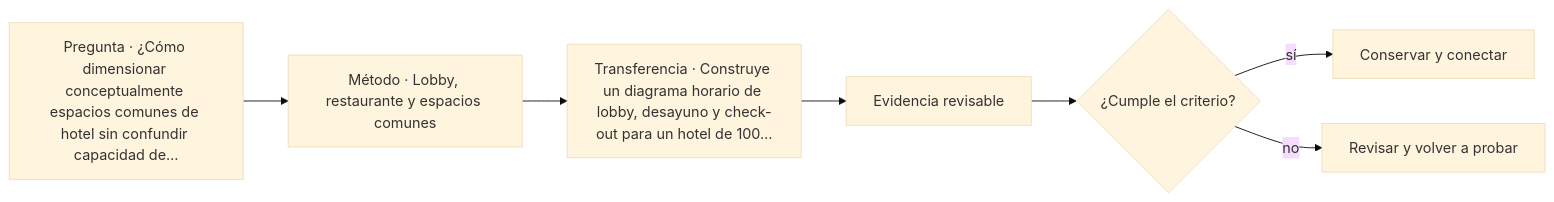
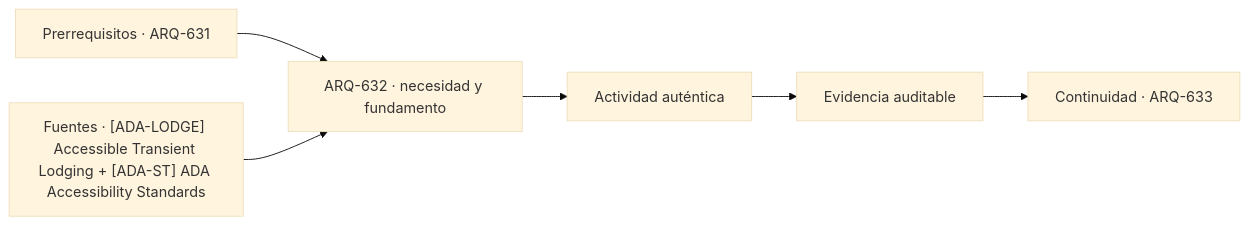
One commit to vladimiracunadev-create/architecture-built-environment-learning-program changed the diagram in classes/parte-64/ARQ-632.md. Above: the diagram before and after it, drawn with Mermaid (base theme). The commit also changed other lines of this file and 761 other files, not shown here.

````diff
--- a/classes/parte-64/ARQ-632.md
+++ b/classes/parte-64/ARQ-632.md
@@ -58,9 +70,8 @@
 ```mermaid
 flowchart LR
-    Q["Pregunta · ¿Cómo dimensionar conceptualmente espacios comunes de hotel sin confundir capacidad de…"] --> M["Método · Lobby, restaurante y espacios comunes"]
-    M --> P["Transferencia · Construye un diagrama horario de lobby, desayuno y check-out para un hotel de 100…"]
-    P --> E["Evidencia revisable"]
-    E --> C{"¿Cumple el criterio?"}
-    C -->|sí| T["Conservar y conectar"]
-    C -->|no| R["Revisar y volver a probar"]
+    A["Prerrequisitos · ARQ-631"] --> B["ARQ-632 · necesidad y fundamento"]
+    S["Fuentes · [ADA-LODGE] Accessible Transient Lodging + [ADA-ST] ADA Accessibility Standards"] --> B
+    B --> C["Actividad auténtica"]
+    C --> D["Evidencia auditable"]
+    D --> E["Continuidad · ARQ-633"]
 ```
````
